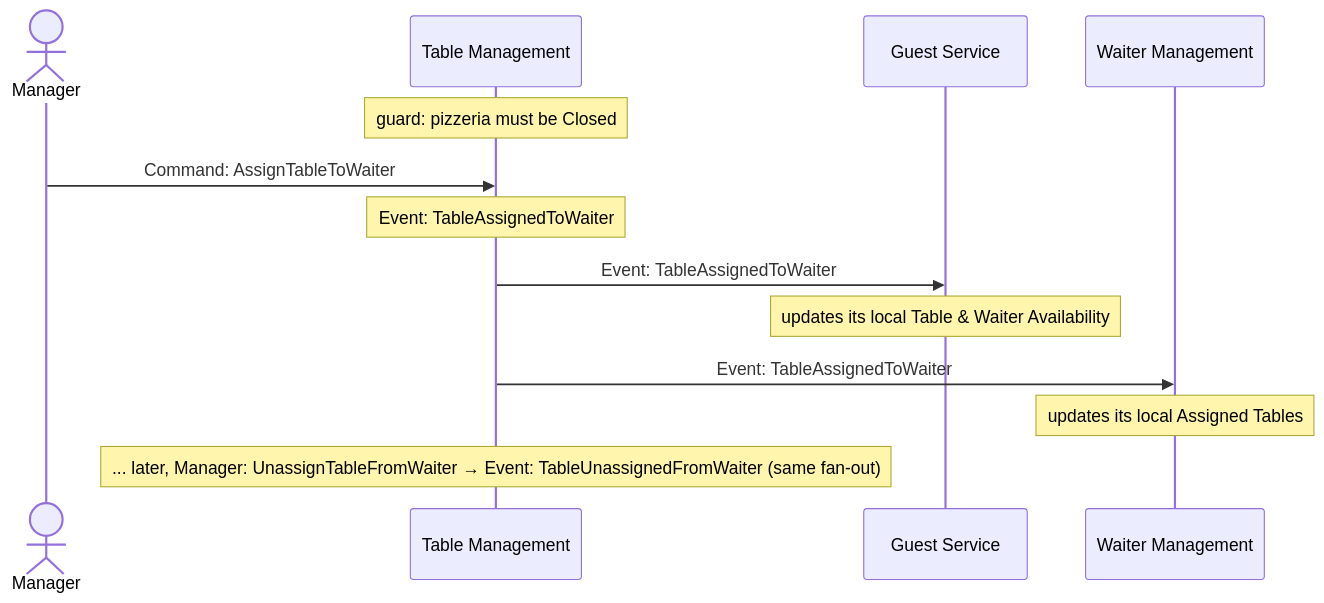
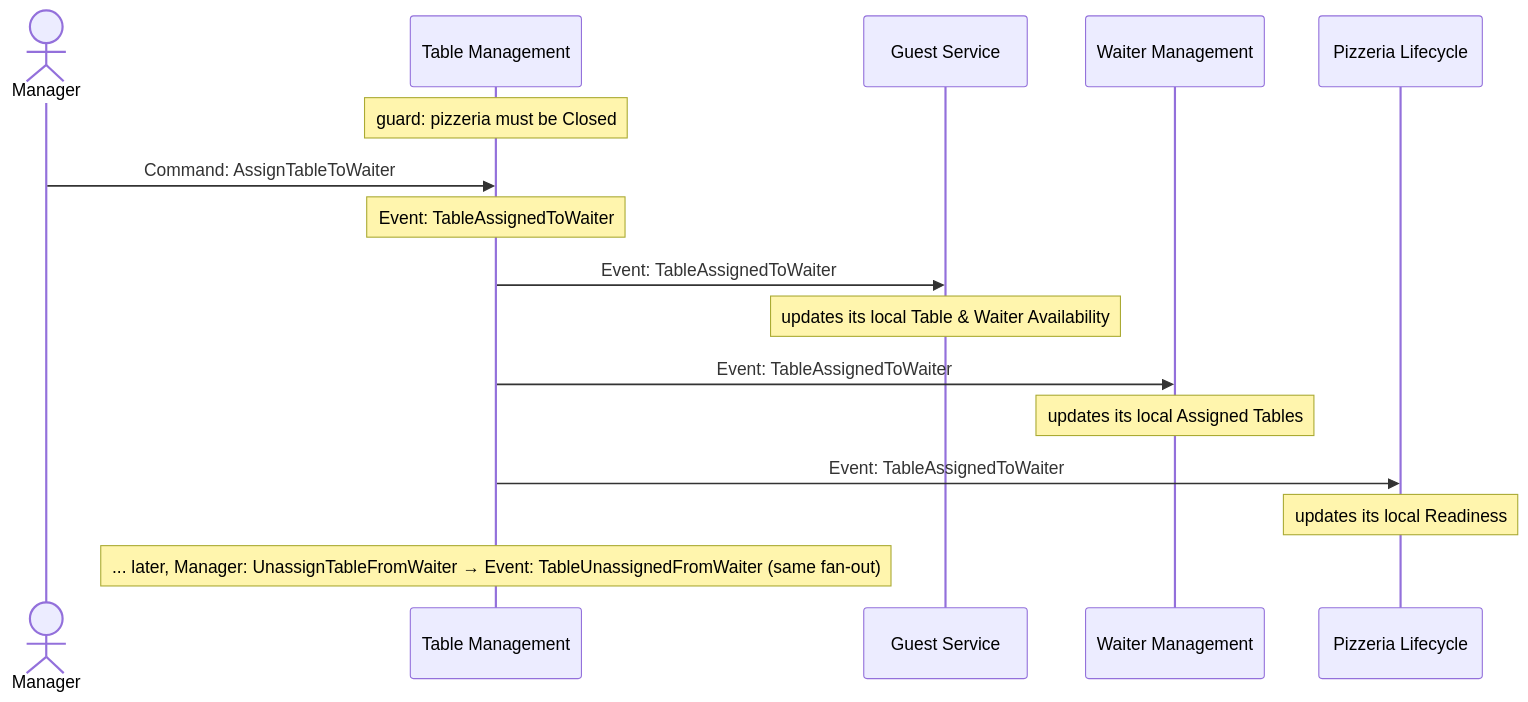
Before and after one commit to mmalessa/pizzeria: the sixth of 6 diagrams in doc/05_connect_message_flows.md, drawn with Mermaid. The commit also changed other lines of this file and 2 other files, not shown here.

Commit message:
Replace live cross-context reads with local replication for maximum decoupling

````diff
--- a/doc/05_connect_message_flows.md
+++ b/doc/05_connect_message_flows.md
@@ -206,16 +184,19 @@
 ```mermaid
 sequenceDiagram
     actor Manager
     participant TM as Table Management
     participant GS as Guest Service
     participant WM as Waiter Management
+    participant PL as Pizzeria Lifecycle
 
     Note over TM: guard: pizzeria must be Closed
     Manager->>TM: Command: AssignTableToWaiter
     Note over TM: Event: TableAssignedToWaiter
     TM->>GS: Event: TableAssignedToWaiter
     Note over GS: updates its local Table & Waiter Availability
     TM->>WM: Event: TableAssignedToWaiter
     Note over WM: updates its local Assigned Tables
+    TM->>PL: Event: TableAssignedToWaiter
+    Note over PL: updates its local Readiness
     Note over TM: ... later, Manager: UnassignTableFromWaiter → Event: TableUnassignedFromWaiter (same fan-out)
 ```
````
